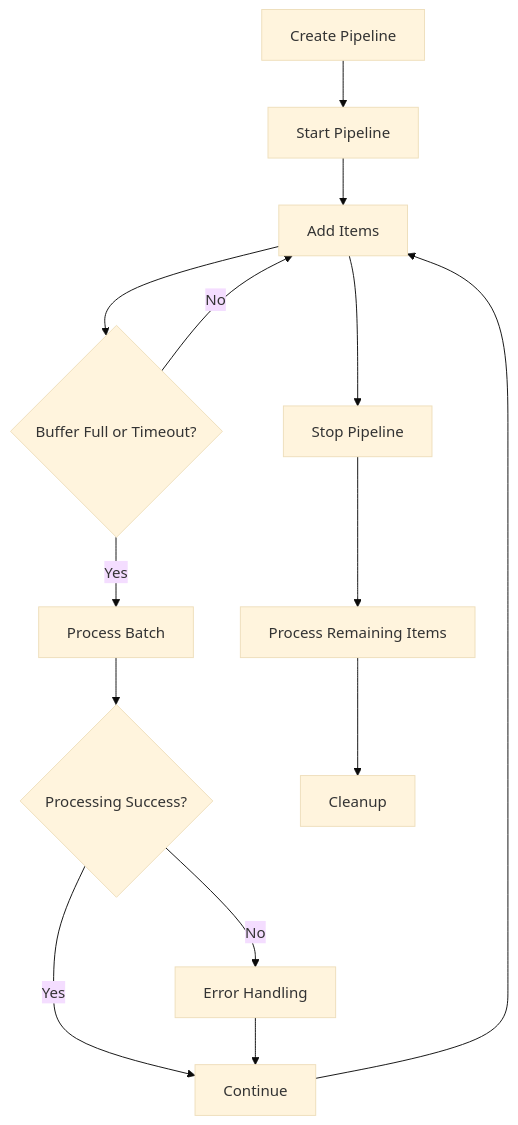
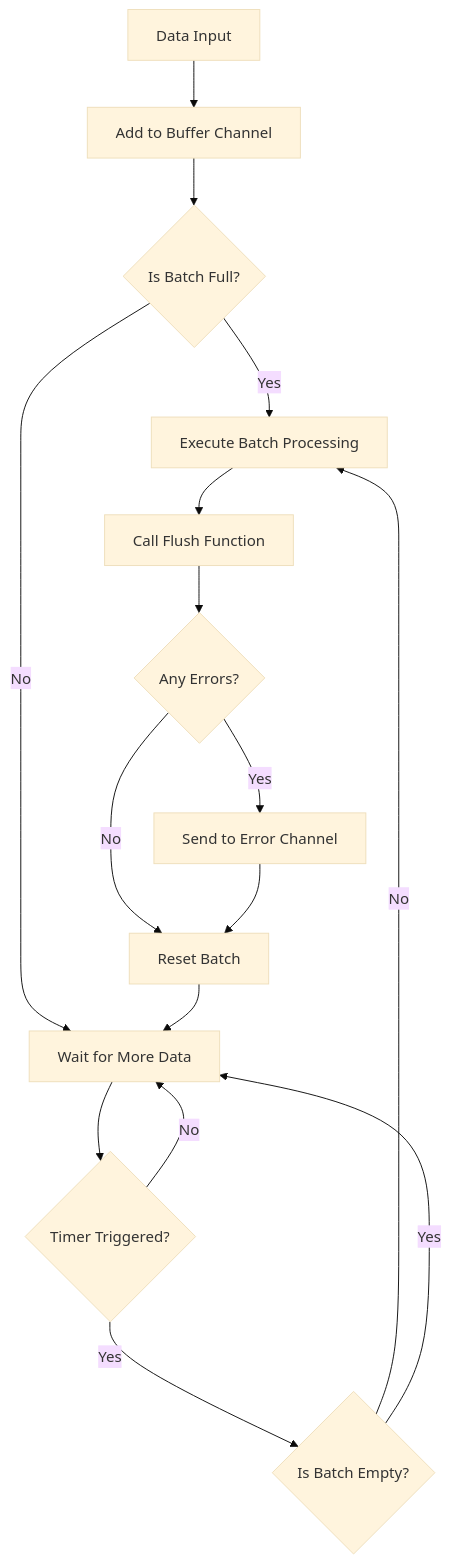
Before and after one commit to rushairer/go-pipeline-homepage: the diagram in i18n/en/docusaurus-plugin-content-docs/current/standard-pipeline.md, drawn with Mermaid (base theme). The commit also changed other lines of this file and 9 other files, not shown here.

````diff
--- a/i18n/en/docusaurus-plugin-content-docs/current/standard-pipeline.md
+++ b/i18n/en/docusaurus-plugin-content-docs/current/standard-pipeline.md
@@ -100,16 +22,18 @@
 ```mermaid
 graph TD
-    A[Create Pipeline] --> B[Start Pipeline]
-    B --> C[Add Items]
-    C --> D{Buffer Full or Timeout?}
-    D -->|Yes| E[Process Batch]
-    D -->|No| C
-    E --> F{Processing Success?}
-    F -->|Yes| G[Continue]
-    F -->|No| H[Error Handling]
-    H --> G
-    G --> C
-    C --> I[Stop Pipeline]
-    I --> J[Process Remaining Items]
-    J --> K[Cleanup]
+    A[Data Input] --> B[Add to Buffer Channel]
+    B --> C{Is Batch Full?}
+    C -->|Yes| D[Execute Batch Processing]
+    C -->|No| E[Wait for More Data]
+    E --> F{Timer Triggered?}
+    F -->|Yes| G{Is Batch Empty?}
+    G -->|No| D
+    G -->|Yes| E
+    F -->|No| E
+    D --> H[Call Flush Function]
+    H --> I{Any Errors?}
+    I -->|Yes| J[Send to Error Channel]
+    I -->|No| K[Reset Batch]
+    J --> K
+    K --> E
 ```
````
